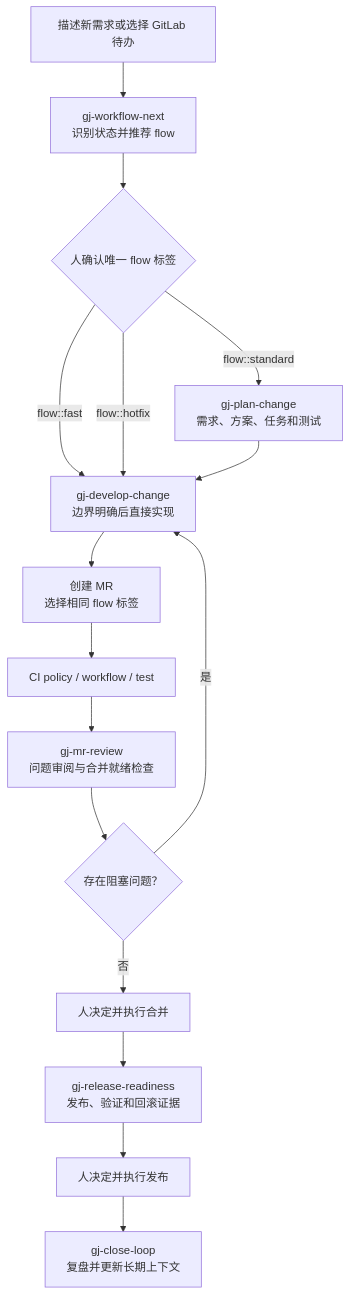
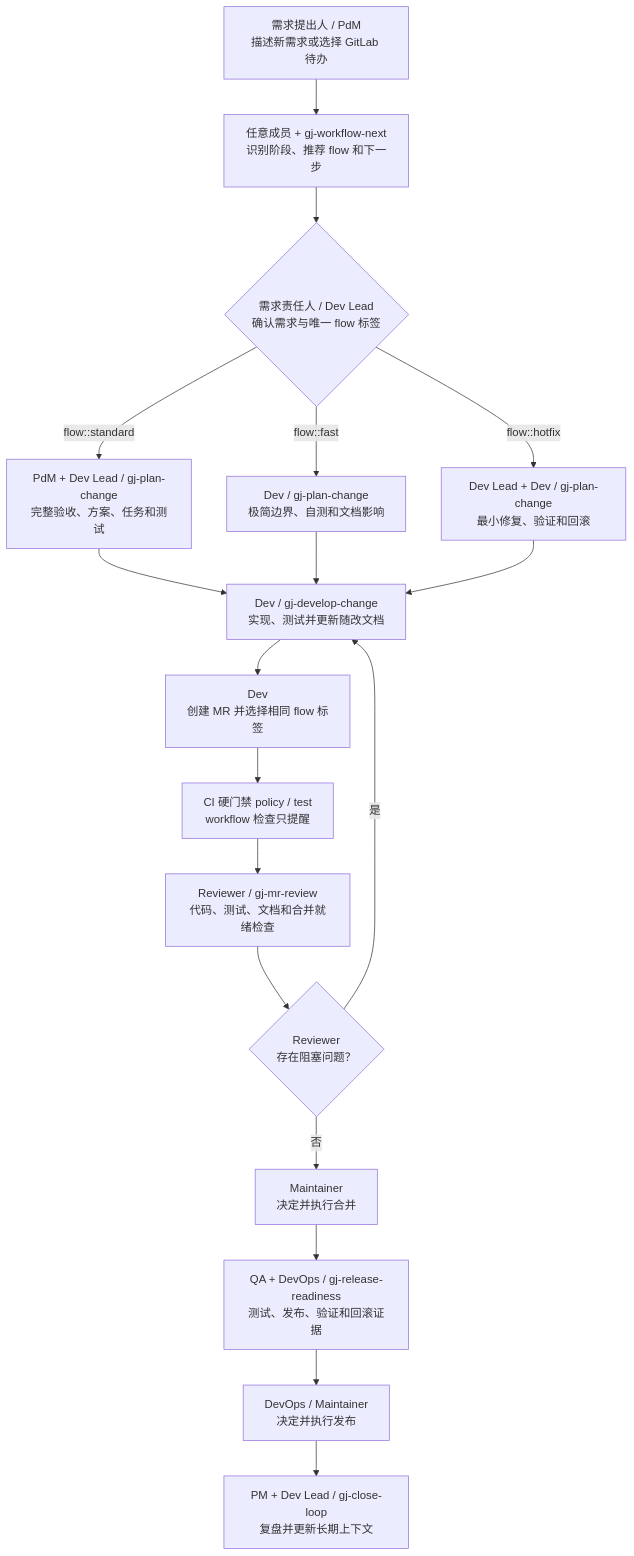
One commit to TheLastMagician/gj-gitlab-ai-workflow changed the first of 2 diagrams in README.md. Above: the diagram before and after it, drawn with Mermaid. The commit also changed other lines of this file and 71 other files, not shown here.

````diff
--- a/README.md
+++ b/README.md
@@ -186,18 +188,20 @@
 ```mermaid
 flowchart TD
-  A["描述新需求或选择 GitLab 待办"] --> B["gj-workflow-next<br/>识别状态并推荐 flow"]
-  B --> C{"人确认唯一 flow 标签"}
-  C -- "flow::standard" --> D["gj-plan-change<br/>需求、方案、任务和测试"]
-  C -- "flow::fast" --> E["gj-develop-change<br/>边界明确后直接实现"]
-  C -- "flow::hotfix" --> E
-  D --> E
-  E --> F["创建 MR<br/>选择相同 flow 标签"]
-  F --> G["CI policy / workflow / test"]
-  G --> H["gj-mr-review<br/>问题审阅与合并就绪检查"]
-  H --> I{"存在阻塞问题？"}
+  A["需求提出人 / PdM<br/>描述新需求或选择 GitLab 待办"] --> B["任意成员 + gj-workflow-next<br/>识别阶段、推荐 flow 和下一步"]
+  B --> C{"需求责任人 / Dev Lead<br/>确认需求与唯一 flow 标签"}
+  C -- "flow::standard" --> D["PdM + Dev Lead / gj-plan-change<br/>完整验收、方案、任务和测试"]
+  C -- "flow::fast" --> DF["Dev / gj-plan-change<br/>极简边界、自测和文档影响"]
+  C -- "flow::hotfix" --> DH["Dev Lead + Dev / gj-plan-change<br/>最小修复、验证和回滚"]
+  D --> E["Dev / gj-develop-change<br/>实现、测试并更新随改文档"]
+  DF --> E
+  DH --> E
+  E --> F["Dev<br/>创建 MR 并选择相同 flow 标签"]
+  F --> G["CI 硬门禁 policy / test<br/>workflow 检查只提醒"]
+  G --> H["Reviewer / gj-mr-review<br/>代码、测试、文档和合并就绪检查"]
+  H --> I{"Reviewer<br/>存在阻塞问题？"}
   I -- "是" --> E
-  I -- "否" --> J["人决定并执行合并"]
-  J --> K["gj-release-readiness<br/>发布、验证和回滚证据"]
-  K --> L["人决定并执行发布"]
-  L --> M["gj-close-loop<br/>复盘并更新长期上下文"]
+  I -- "否" --> J["Maintainer<br/>决定并执行合并"]
+  J --> K["QA + DevOps / gj-release-readiness<br/>测试、发布、验证和回滚证据"]
+  K --> L["DevOps / Maintainer<br/>决定并执行发布"]
+  L --> M["PM + Dev Lead / gj-close-loop<br/>复盘并更新长期上下文"]
 ```
````
